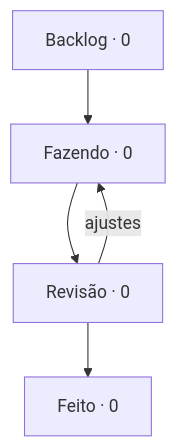
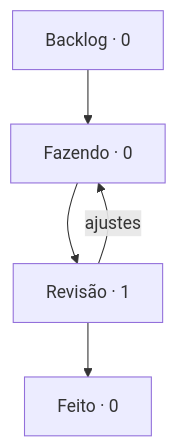
The diagram in boards/dungeon-bend/BOARD.md (StudioVibi/VibiKanban), drawn with Mermaid before and after one commit. The commit also changed other lines of this file and 2 other files, not shown here.

````diff
--- a/boards/dungeon-bend/BOARD.md
+++ b/boards/dungeon-bend/BOARD.md
@@ -5,10 +5,10 @@
 ```mermaid
 flowchart TD
   backlog["Backlog · 0"] --> doing["Fazendo · 0"]
-  doing --> review["Revisão · 0"]
+  doing --> review["Revisão · 1"]
   review --> done["Feito · 0"]
   review -->|ajustes| doing
   doing:::blue
   review:::yellow
   done:::green
 ```
````
